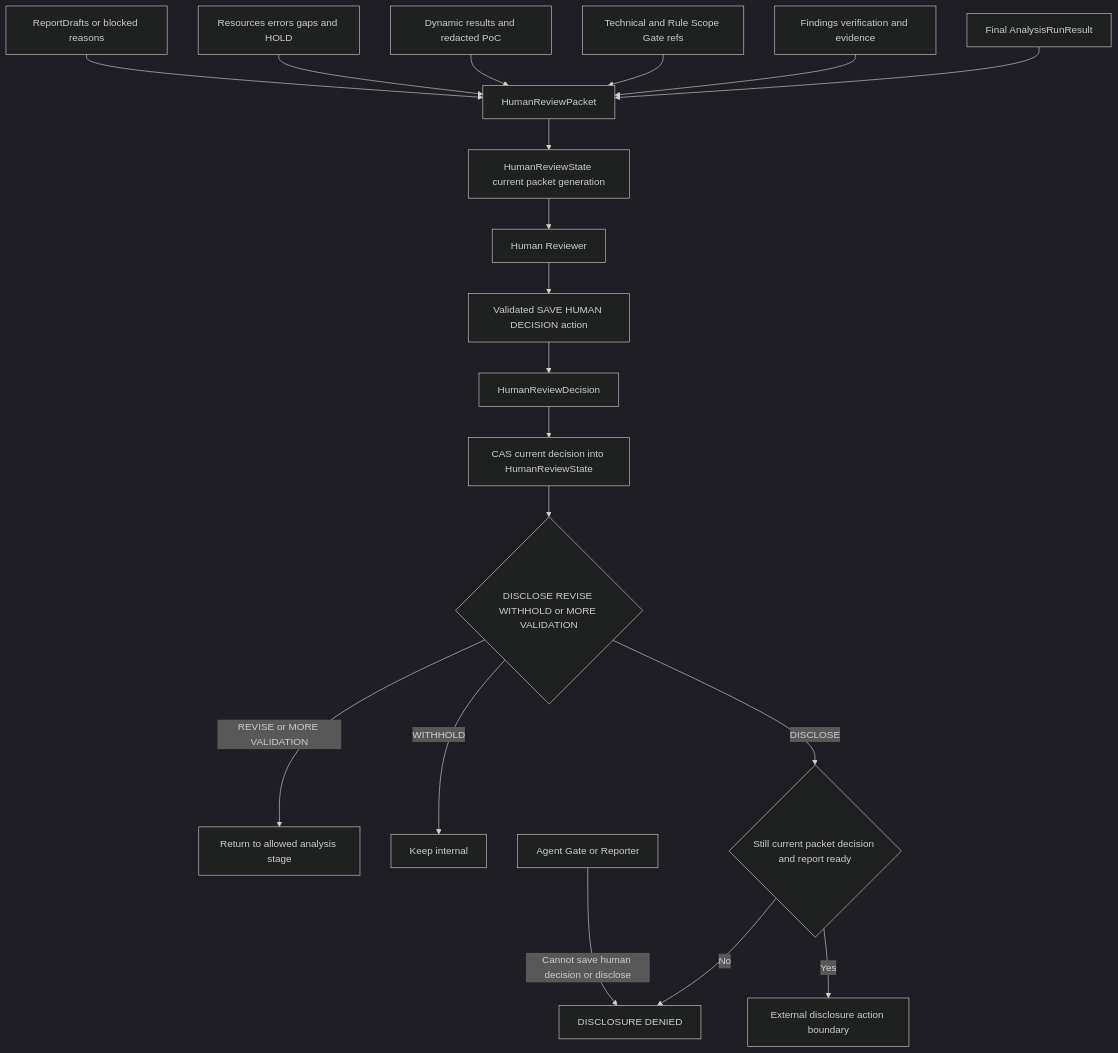
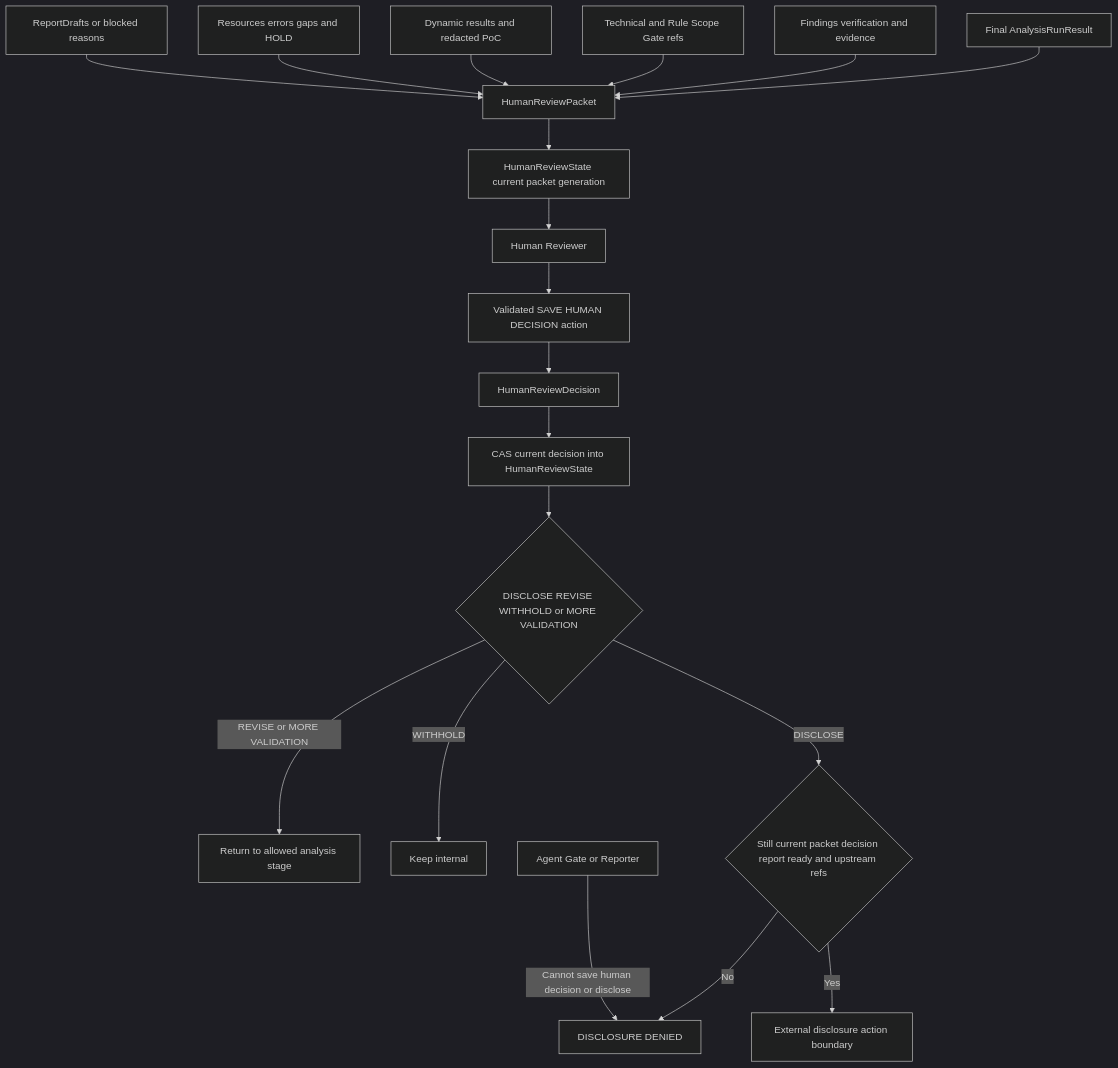
Before and after one commit to SASTsimi/sastsimi: diagram 13 of 13 in docs/architecture-v5/13-architecture-diagrams.md, drawn with Mermaid (dark theme). The commit also changed other lines of this file and 8 other files, not shown here.

````diff
--- a/docs/architecture-v5/13-architecture-diagrams.md
+++ b/docs/architecture-v5/13-architecture-diagrams.md
@@ -372,21 +374,21 @@
 ```mermaid
 flowchart TB
     RUN[Final AnalysisRunResult] --> PACKET[HumanReviewPacket]
     FIND[Findings verification and evidence] --> PACKET
     GATES[Technical and Rule Scope Gate refs] --> PACKET
     DYNAMIC[Dynamic results and redacted PoC] --> PACKET
     RESOURCE[Resources errors gaps and HOLD] --> PACKET
     REPORT[ReportDrafts or blocked reasons] --> PACKET
     PACKET --> CURRENT[HumanReviewState current packet generation]
     CURRENT --> HUMAN[Human Reviewer]
     HUMAN --> SAVE[Validated SAVE HUMAN DECISION action]
     SAVE --> DECISION[HumanReviewDecision]
     DECISION --> STATE[CAS current decision into HumanReviewState]
     STATE --> KIND{DISCLOSE REVISE WITHHOLD or MORE VALIDATION}
     KIND -->|REVISE or MORE VALIDATION| RETURN[Return to allowed analysis stage]
     KIND -->|WITHHOLD| STOP[Keep internal]
-    KIND -->|DISCLOSE| DISCLOSE{Still current packet decision and report ready}
+    KIND -->|DISCLOSE| DISCLOSE{Still current packet decision report ready and upstream refs}
     DISCLOSE -->|No| BLOCK[DISCLOSURE DENIED]
     DISCLOSE -->|Yes| BOUNDARY[External disclosure action boundary]
     AGENT[Agent Gate or Reporter] -->|Cannot save human decision or disclose| BLOCK
 ```
````
